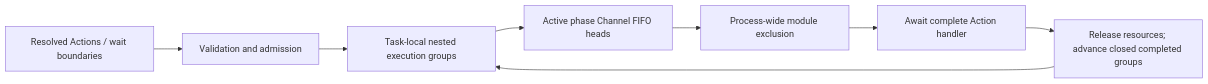
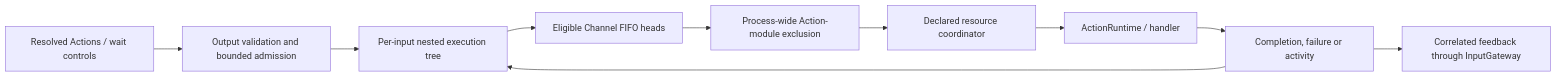
The sixth of 12 diagrams in MobileHarness/README.md (devilyouwei/MobileHarness), drawn with Mermaid before and after one commit. The commit also changed other lines of this file, not shown here.

Commit message:
docs: refocus MobileHarness architecture guide

````diff
--- a/MobileHarness/README.md
+++ b/MobileHarness/README.md
@@ -437,10 +345,12 @@
 ```mermaid
 flowchart LR
-    Events[Resolved Actions / wait boundaries] --> Gateway[Validation and admission]
-    Gateway --> Tree[Task-local nested execution groups]
-    Tree --> Active[Active phase Channel FIFO heads]
-    Active --> Resources[Process-wide module exclusion]
-    Resources --> Execute[Await complete Action handler]
-    Execute --> Advance[Release resources; advance closed completed groups]
-    Advance --> Tree
+    Calls[Resolved Actions / wait controls] --> Admission[Output validation and bounded admission]
+    Admission --> Tree[Per-input nested execution tree]
+    Tree --> Heads[Eligible Channel FIFO heads]
+    Heads --> Module[Process-wide Action-module exclusion]
+    Module --> Resource[Declared resource coordinator]
+    Resource --> Runtime[ActionRuntime / handler]
+    Runtime --> Result[Completion, failure or activity]
+    Result --> Tree
+    Result --> Feedback[Correlated feedback through InputGateway]
 ```
````
